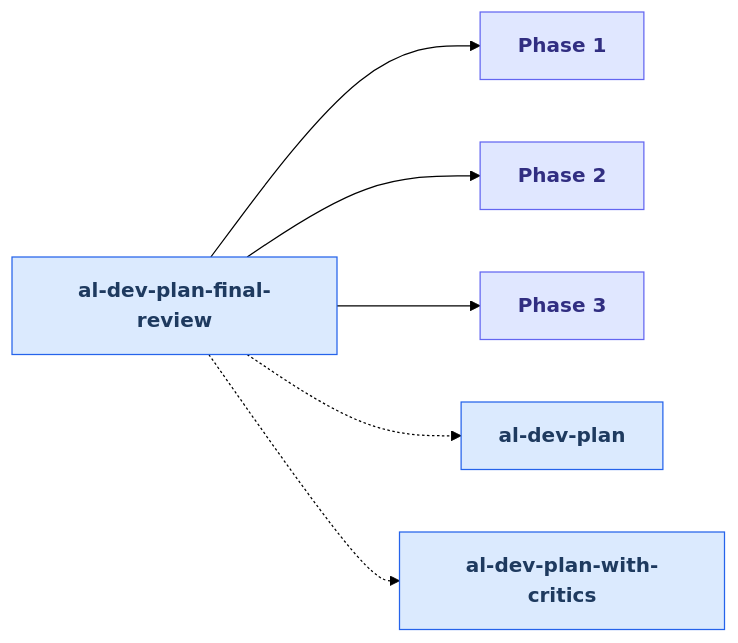
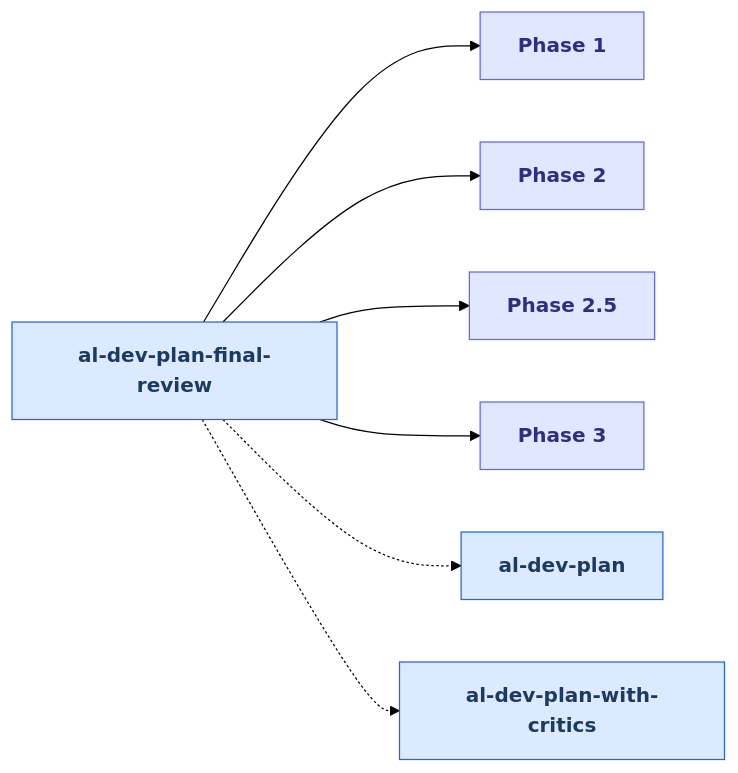
The seventh of 25 diagrams in docs/al-dev-skills-map.md (russell-laing/al-dev-shared), drawn with Mermaid (forest theme) before and after one commit. The commit also changed other lines of this file and 4 other files, not shown here.

````diff
--- a/docs/al-dev-skills-map.md
+++ b/docs/al-dev-skills-map.md
@@ -356,28 +359,31 @@
 ```mermaid
 flowchart LR
     classDef skillNode fill:#dbeafe,stroke:#2563eb,color:#1e3a5f,font-weight:bold
     classDef agentNode fill:#d1fae5,stroke:#059669,color:#064e3b,font-weight:bold
     classDef knowledgeNode fill:#fef3c7,stroke:#d97706,color:#78350f,font-weight:bold
     classDef artifactNode fill:#ede9fe,stroke:#7c3aed,color:#4c1d95,font-weight:bold
     classDef phaseNode fill:#e0e7ff,stroke:#6366f1,color:#312e81,font-weight:bold
 
     skill_al_dev_plan_final_review[al-dev-plan-final-review]
     Phase1["Phase 1"]
     Phase2["Phase 2"]
+    Phase2_5["Phase 2.5"]
     Phase3["Phase 3"]
     skill_al_dev_plan[al-dev-plan]
     skill_al_dev_plan_with_critics[al-dev-plan-with-critics]
 
     skill_al_dev_plan_final_review --> Phase1
     skill_al_dev_plan_final_review --> Phase2
+    skill_al_dev_plan_final_review --> Phase2_5
     skill_al_dev_plan_final_review --> Phase3
     skill_al_dev_plan_final_review -.-> skill_al_dev_plan
     skill_al_dev_plan_final_review -.-> skill_al_dev_plan_with_critics
 
     class skill_al_dev_plan_final_review skillNode
     class Phase1 phaseNode
     class Phase2 phaseNode
+    class Phase2_5 phaseNode
     class Phase3 phaseNode
     class skill_al_dev_plan skillNode
     class skill_al_dev_plan_with_critics skillNode
 ```
````
